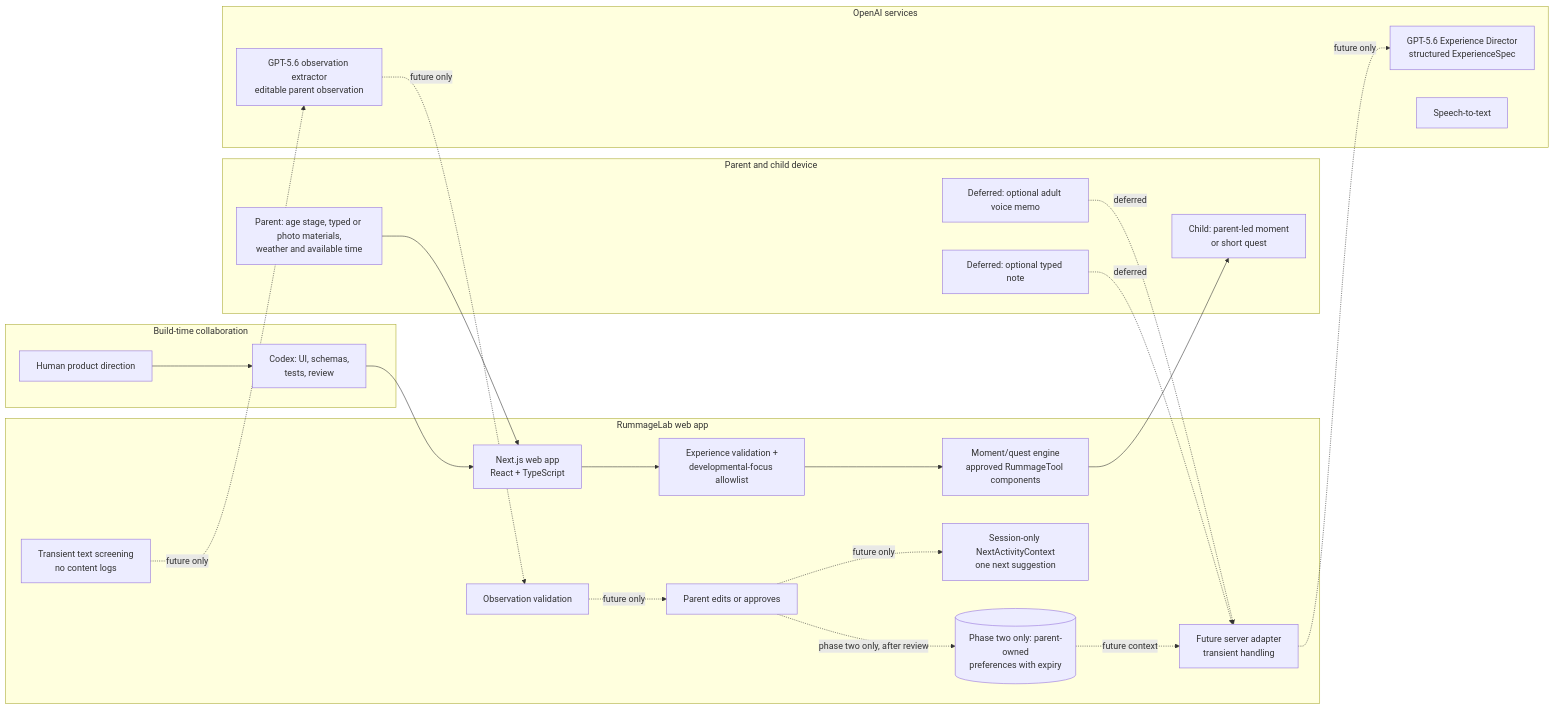
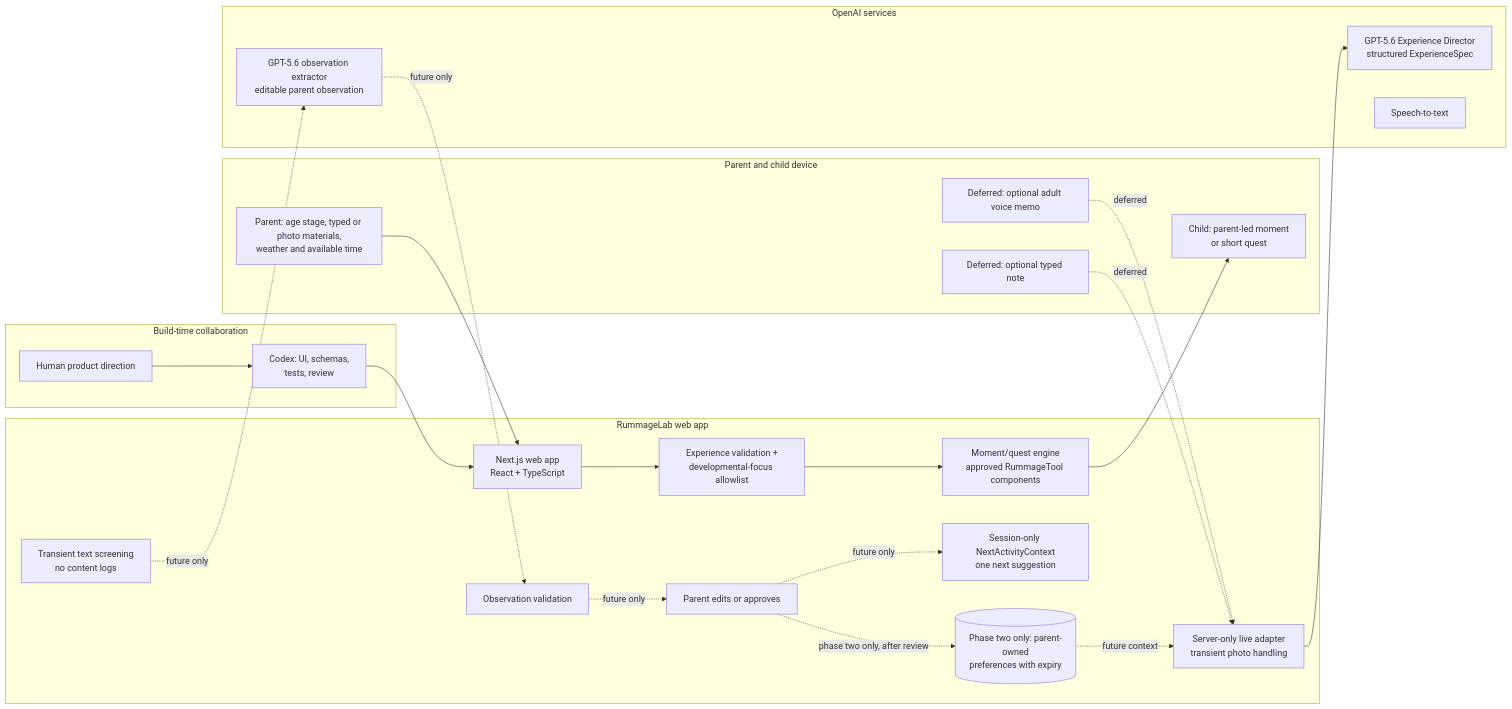
The diagram in README.md (hqt08/RummageLab), drawn with Mermaid before and after one commit. The commit also changed other lines of this file and 24 other files, not shown here.

Commit message:
Add live GPT-5.6 photo experience

````diff
--- a/README.md
+++ b/README.md
@@ -47,45 +52,45 @@
 ```mermaid
 flowchart LR
   subgraph Device["Parent and child device"]
     C["Parent: age stage, typed or photo materials,<br/>weather and available time"]
     A["Child: parent-led moment<br/>or short quest"]
     V["Deferred: optional adult voice memo"]
     T["Deferred: optional typed note"]
   end
 
   subgraph App["RummageLab web app"]
     UI["Next.js web app<br/>React + TypeScript"]
-    API["Future server adapter<br/>transient handling"]
+    API["Server-only live adapter<br/>transient photo handling"]
     PLANVAL["Experience validation +<br/>developmental-focus allowlist"]
     PII["Transient text screening<br/>no content logs"]
     OBSVAL["Observation validation"]
     ENG["Moment/quest engine<br/>approved RummageTool components"]
     REVIEW["Parent edits or approves"]
     SESSION["Session-only NextActivityContext<br/>one next suggestion"]
     FUTURE[("Phase two only: parent-owned<br/>preferences with expiry")]
   end
 
   subgraph OpenAI["OpenAI services"]
     QD["GPT-5.6 Experience Director<br/>structured ExperienceSpec"]
     STT["Speech-to-text"]
     LE["GPT-5.6 observation extractor<br/>editable parent observation"]
   end
 
   subgraph Build["Build-time collaboration"]
     H["Human product direction"]
     CX["Codex: UI, schemas,<br/>tests, review"]
     H --> CX
     CX --> UI
   end
 
   C --> UI --> PLANVAL --> ENG --> A
-  API -. "future only" .-> QD
+  API --> QD
   V -. "deferred" .-> API
   T -. "deferred" .-> API
   PII -. "future only" .-> LE
   LE -. "future only" .-> OBSVAL
   OBSVAL -. "future only" .-> REVIEW
   REVIEW -. "future only" .-> SESSION
   REVIEW -. "phase two only, after review" .-> FUTURE
   FUTURE -. "future context" .-> API
 ```
````
